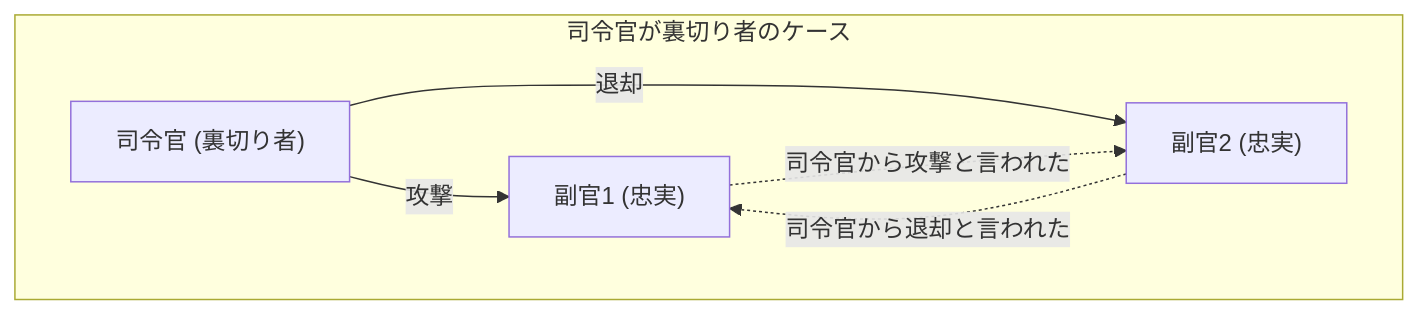
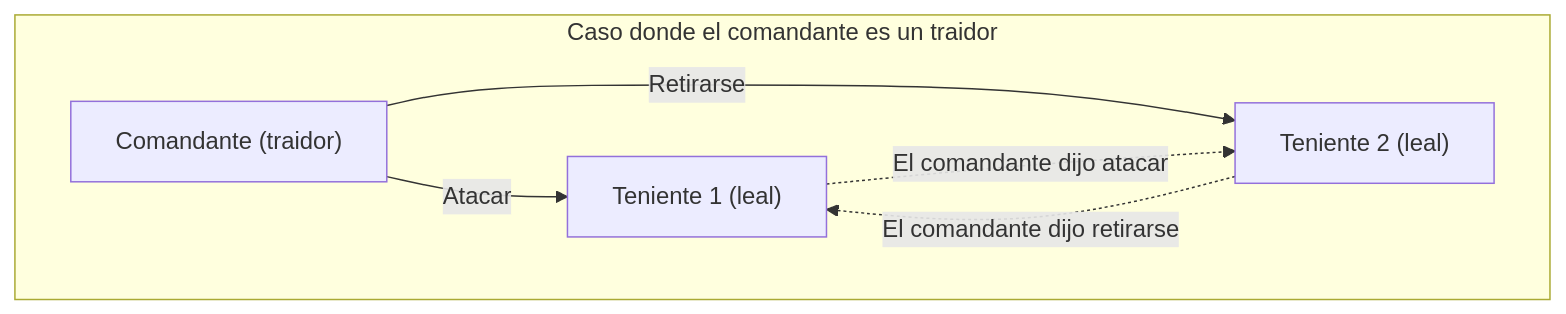
Before and after one commit to kenjinote/blog: the first of 4 diagrams in content/post/byzantine-generals-problem/index.es.md, drawn with Mermaid. The commit also changed other lines of this file and 28 other files, not shown here.

Commit message:
Translate Japanese text inside Mermaid diagrams to respective languages

````diff
--- a/content/post/byzantine-generals-problem/index.es.md
+++ b/content/post/byzantine-generals-problem/index.es.md
@@ -34,9 +34,9 @@
 ```mermaid
 graph TD
-subgraph "司令官が裏切り者のケース"
-    C["司令官 (裏切り者)"] -->|"攻撃"| L1["副官1 (忠実)"]
-    C -->|"退却"| L2["副官2 (忠実)"]
-    L1 -.->|"司令官から攻撃と言われた"| L2
-    L2 -.->|"司令官から退却と言われた"| L1
+subgraph "Caso donde el comandante es un traidor"
+    C["Comandante (traidor)"] -->|"Atacar"| L1["Teniente 1 (leal)"]
+    C -->|"Retirarse"| L2["Teniente 2 (leal)"]
+    L1 -.->|"El comandante dijo atacar"| L2
+    L2 -.->|"El comandante dijo retirarse"| L1
 end
 ```
````
